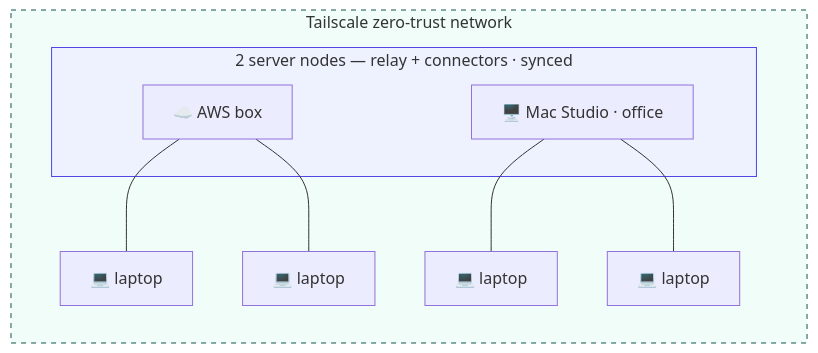
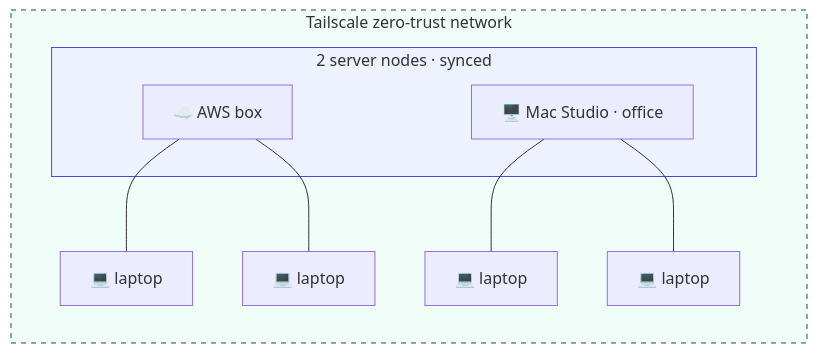
The second of 2 diagrams in slides/slides.md (fractalboxdev/superai2026), drawn with Mermaid before and after one commit. The commit also changed other lines of this file and 1 other file, not shown here.

````diff
--- a/slides/slides.md
+++ b/slides/slides.md
@@ -552,15 +537,15 @@
 ```mermaid
 flowchart LR
     subgraph TS["Tailscale zero-trust network"]
-        subgraph S["2 server nodes — relay + connectors · synced"]
+        subgraph S["2 server nodes · synced"]
             AWS["☁️ AWS box"]
             MS["🖥️ Mac Studio · office"]
         end
         AWS --- L1["💻 laptop"]
         AWS --- L2["💻 laptop"]
         MS --- L3["💻 laptop"]
         MS --- L4["💻 laptop"]
     end
     style S fill:#eef2ff,stroke:#4f46e5
     style TS fill:#f0fdf9,stroke:#14534a,stroke-dasharray: 5 5
 ```
````
